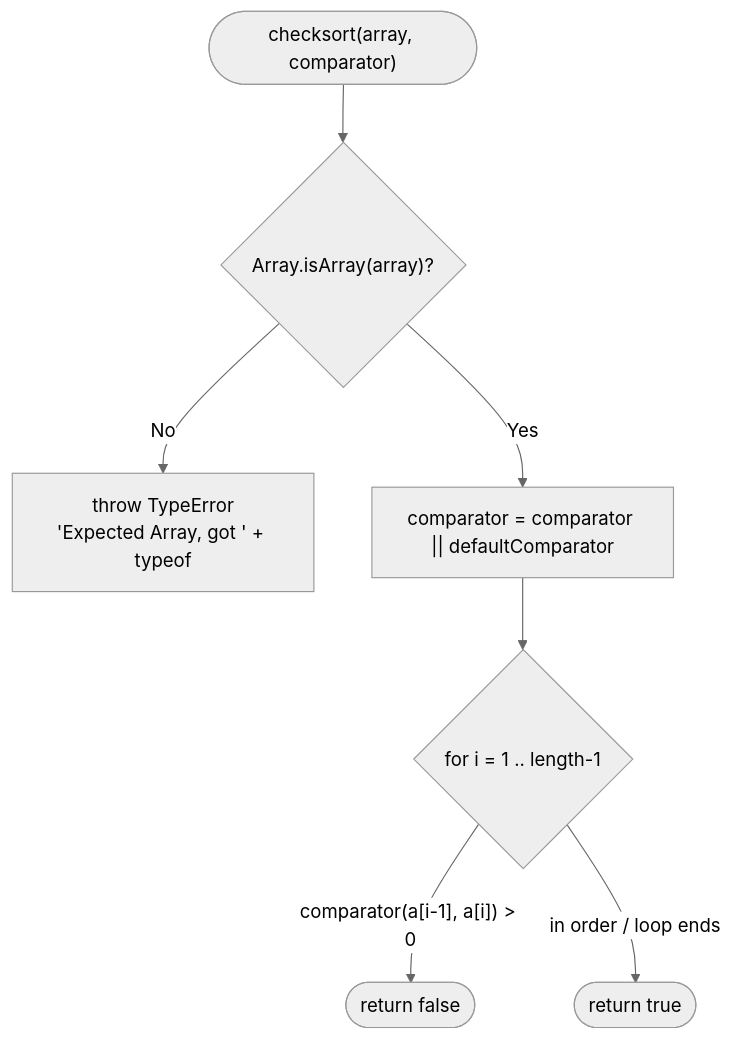
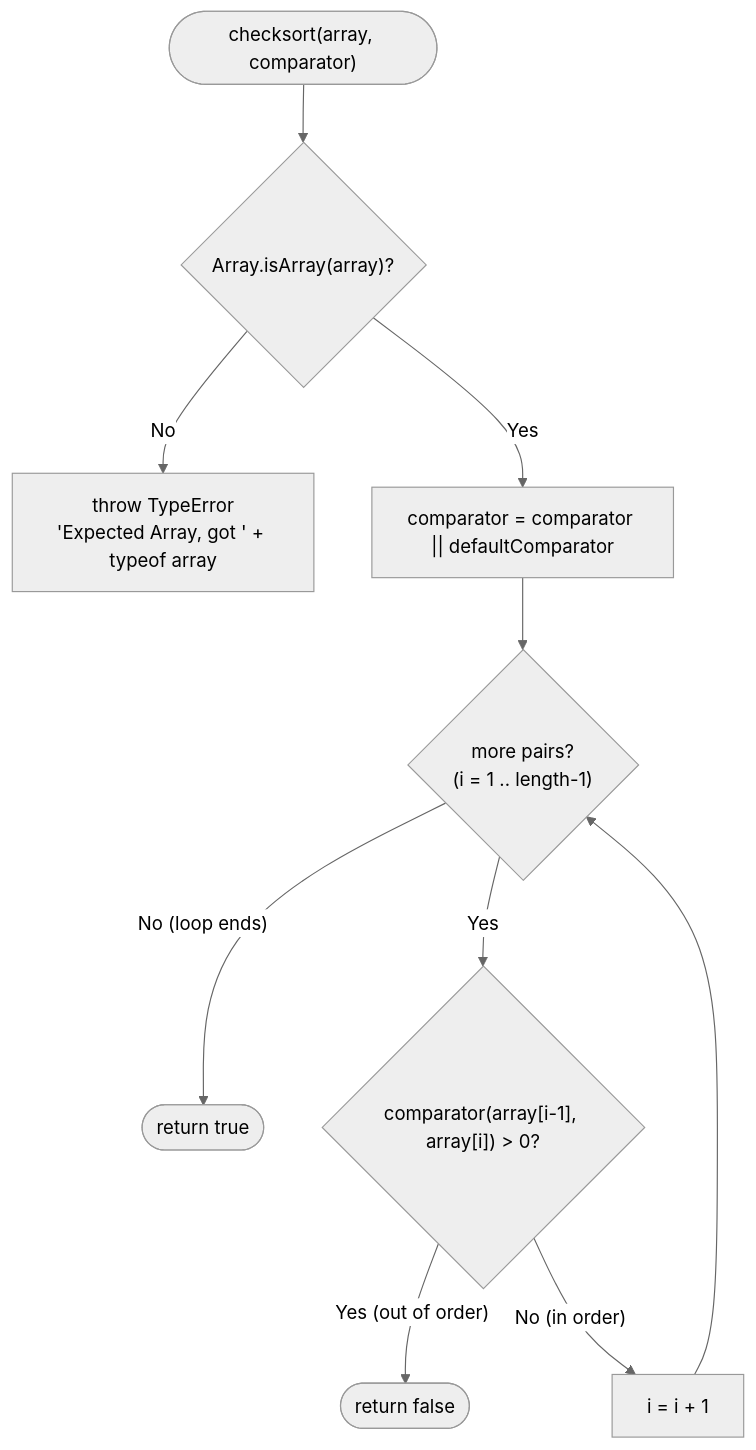
One commit to lakshya-blitzy/Parent_repo_for_submodule changed the first of 2 diagrams in README.md. Above: the diagram before and after it, drawn with Mermaid (neutral theme). The commit also changed other lines of this file, not shown here.

````diff
--- a/README.md
+++ b/README.md
@@ -146,9 +149,12 @@
 ```mermaid
 flowchart TD
     Start(["checksort(array, comparator)"]) --> Guard{"Array.isArray(array)?"}
-    Guard -- No --> Throw["throw TypeError<br/>'Expected Array, got ' + typeof"]
+    Guard -- No --> Throw["throw TypeError<br/>'Expected Array, got ' + typeof array"]
     Guard -- Yes --> Def["comparator = comparator || defaultComparator"]
-    Def --> Loop{"for i = 1 .. length-1"}
-    Loop -- "comparator(a[i-1], a[i]) > 0" --> RetFalse(["return false"])
-    Loop -- "in order / loop ends" --> RetTrue(["return true"])
+    Def --> Loop{"more pairs?<br/>(i = 1 .. length-1)"}
+    Loop -- "No (loop ends)" --> RetTrue(["return true"])
+    Loop -- "Yes" --> Cmp{"comparator(array[i-1], array[i]) > 0?"}
+    Cmp -- "Yes (out of order)" --> RetFalse(["return false"])
+    Cmp -- "No (in order)" --> Incr["i = i + 1"]
+    Incr --> Loop
 ```
````
